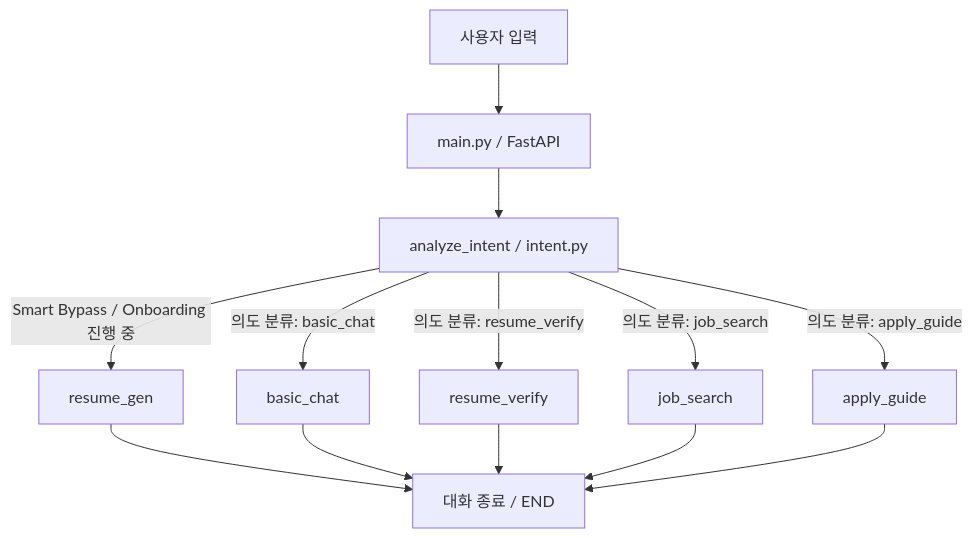
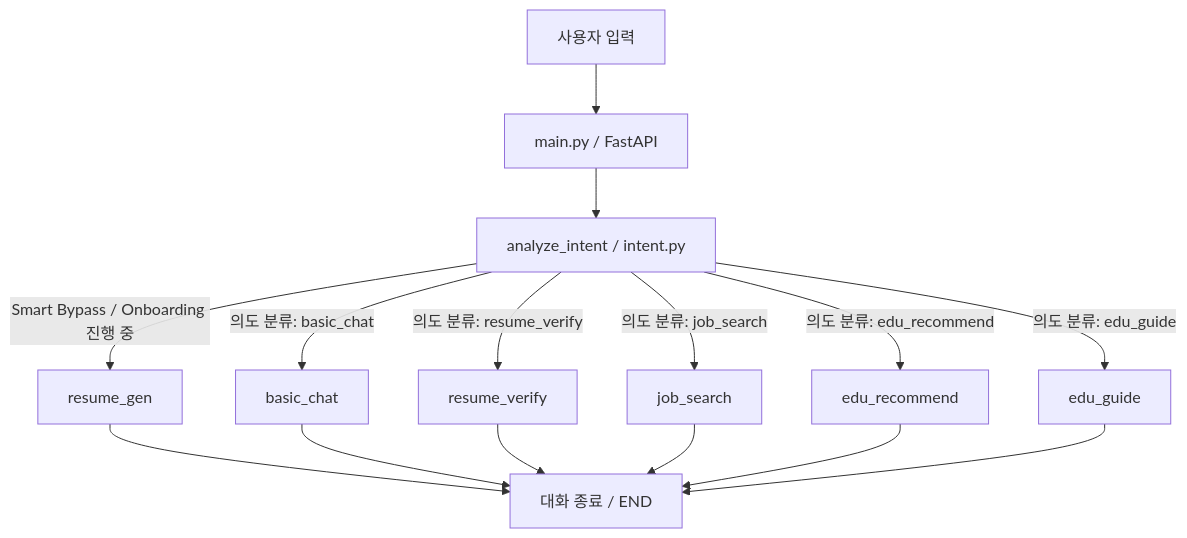
The diagram in README.md (ehdgur100/mynaeil_chatbot), drawn with Mermaid before and after one commit. The commit also changed other lines of this file and 10 other files, not shown here.

````diff
--- a/README.md
+++ b/README.md
@@ -62,17 +64,19 @@
 ```mermaid
 graph TD
     A[사용자 입력] --> B[main.py / FastAPI]
     B --> C[analyze_intent / intent.py]
     
     C -->|Smart Bypass / Onboarding 진행 중| D[resume_gen]
     C -->|의도 분류: basic_chat| E[basic_chat]
     C -->|의도 분류: resume_verify| F[resume_verify]
     C -->|의도 분류: job_search| G[job_search]
-    C -->|의도 분류: apply_guide| H[apply_guide]
+    C -->|의도 분류: edu_recommend| I[edu_recommend]
+    C -->|의도 분류: edu_guide| J[edu_guide]
     
     D --> END[대화 종료 / END]
     E --> END
     F --> END
     G --> END
-    H --> END
+    I --> END
+    J --> END
 ```
````
